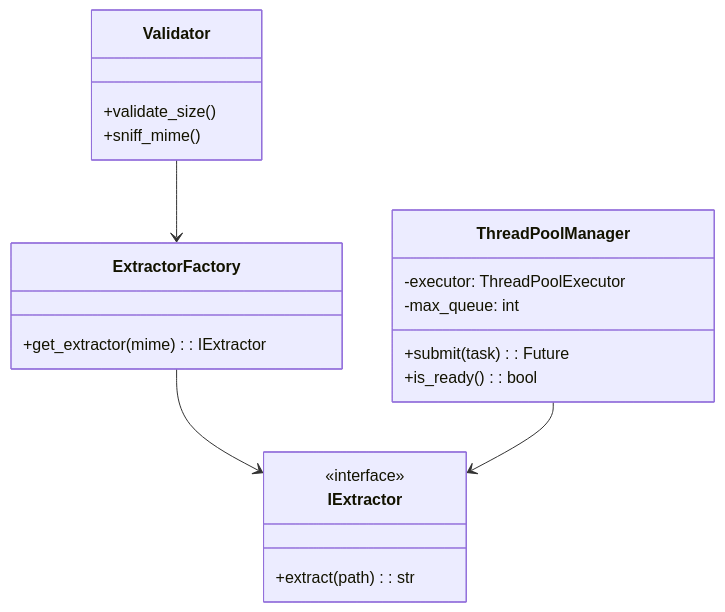
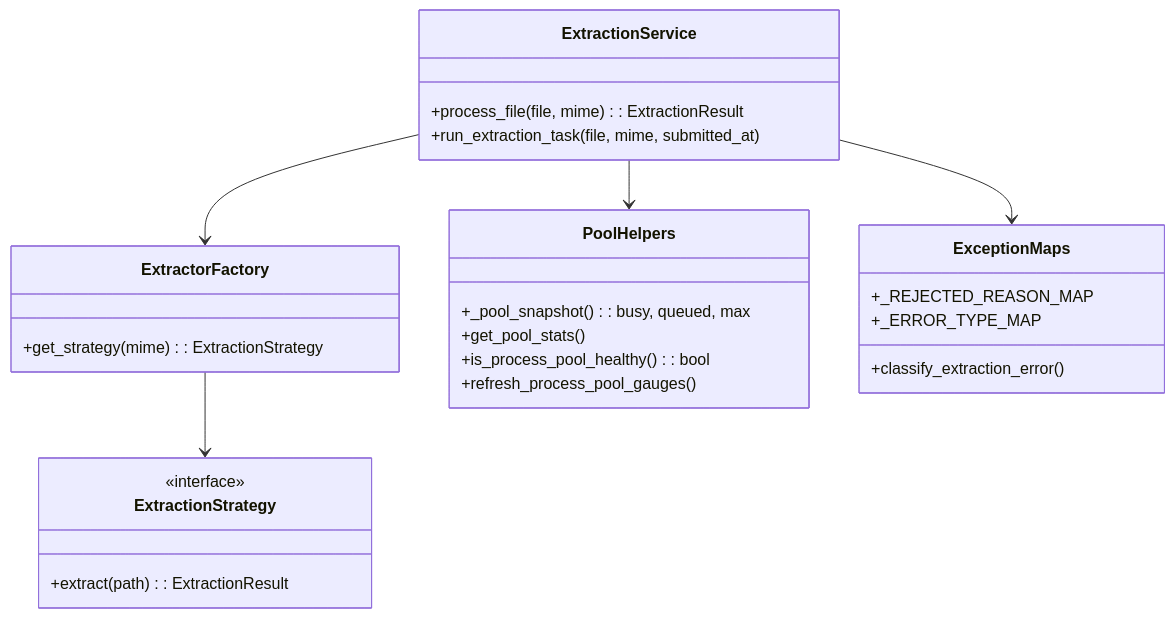
One commit to kunalPisolkar24/detectAI changed the third of 3 diagrams in services/document-parser/docs/03-internals.md. Above: the diagram before and after it, drawn with Mermaid. The commit also changed other lines of this file and 4 other files, not shown here.

````diff
--- a/services/document-parser/docs/03-internals.md
+++ b/services/document-parser/docs/03-internals.md
@@ -41,23 +44,29 @@
 ```mermaid
 classDiagram
     class ExtractorFactory {
-        +get_extractor(mime): IExtractor
+        +get_strategy(mime): ExtractionStrategy
     }
-    class IExtractor {
+    class ExtractionStrategy {
         <<interface>>
-        +extract(path): str
+        +extract(path): ExtractionResult
     }
-    class ThreadPoolManager {
-        -executor: ThreadPoolExecutor
-        -max_queue: int
-        +submit(task): Future
-        +is_ready(): bool
+    class ExtractionService {
+        +process_file(file, mime): ExtractionResult
+        +run_extraction_task(file, mime, submitted_at)
     }
-    class Validator {
-        +validate_size()
-        +sniff_mime()
+    class PoolHelpers {
+        +_pool_snapshot(): busy, queued, max
+        +get_pool_stats()
+        +is_process_pool_healthy(): bool
+        +refresh_process_pool_gauges()
     }
-    ExtractorFactory --> IExtractor
-    ThreadPoolManager --> IExtractor
-    Validator --> ExtractorFactory
+    class ExceptionMaps {
+        +_REJECTED_REASON_MAP
+        +_ERROR_TYPE_MAP
+        +classify_extraction_error()
+    }
+    ExtractorFactory --> ExtractionStrategy
+    ExtractionService --> ExtractorFactory
+    ExtractionService --> PoolHelpers
+    ExtractionService --> ExceptionMaps
 ```
````
